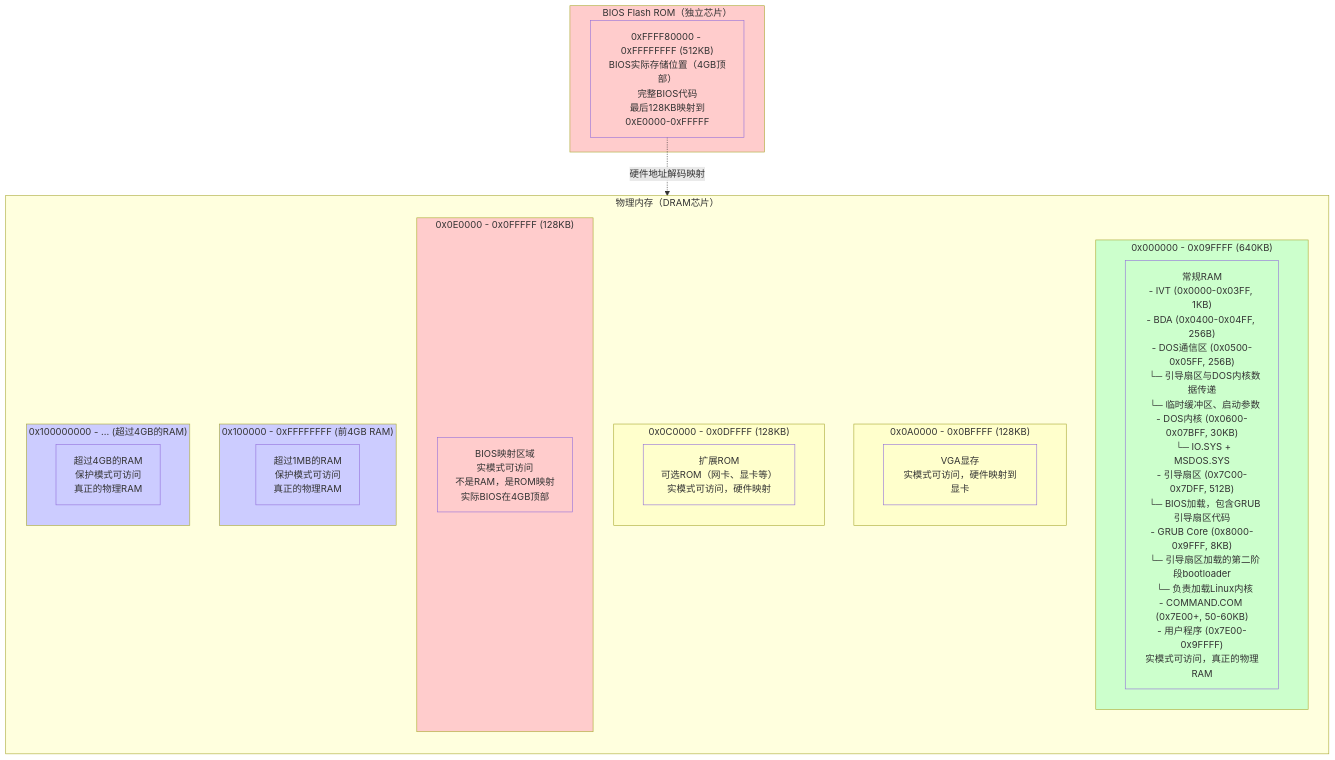
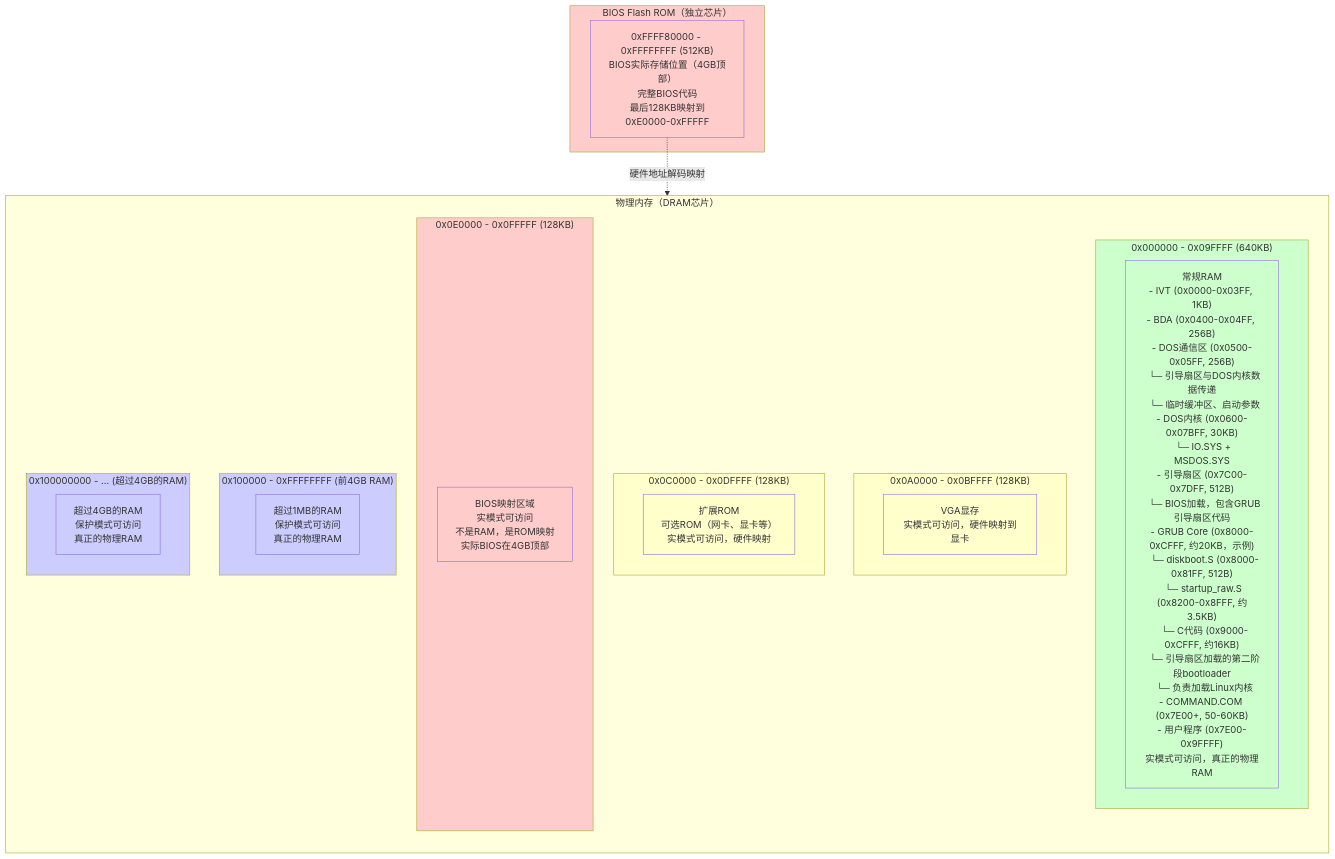
One commit to liweinan/bootimage-example changed the diagram in BIOS_MEMORY_LAYOUT.md. Above: the diagram before and after it, drawn with Mermaid. The commit also changed other lines of this file and 1 other file, not shown here.

First line of the commit message:
docs: 添加 GRUB Core 扇区大小计算和内存布局详情

````diff
--- a/BIOS_MEMORY_LAYOUT.md
+++ b/BIOS_MEMORY_LAYOUT.md
@@ -287,51 +287,51 @@
    ```mermaid
    flowchart TB
        subgraph DRAM["物理内存（DRAM芯片）"]
            direction TB
            
            subgraph Low640KB["0x000000 - 0x09FFFF (640KB)"]
-               LowRAM["常规RAM<br/>- IVT (0x0000-0x03FF, 1KB)<br/>- BDA (0x0400-0x04FF, 256B)<br/>- DOS通信区 (0x0500-0x05FF, 256B)<br/>  └─ 引导扇区与DOS内核数据传递<br/>  └─ 临时缓冲区、启动参数<br/>- DOS内核 (0x0600-0x07BFF, 30KB)<br/>  └─ IO.SYS + MSDOS.SYS<br/>- 引导扇区 (0x7C00-0x7DFF, 512B)<br/>  └─ BIOS加载，包含GRUB引导扇区代码<br/>- GRUB Core (0x8000-0x9FFF, 8KB)<br/>  └─ 引导扇区加载的第二阶段bootloader<br/>  └─ 负责加载Linux内核<br/>- COMMAND.COM (0x7E00+, 50-60KB)<br/>- 用户程序 (0x7E00-0x9FFFF)<br/>实模式可访问，真正的物理RAM"]
+               LowRAM["常规RAM<br/>- IVT (0x0000-0x03FF, 1KB)<br/>- BDA (0x0400-0x04FF, 256B)<br/>- DOS通信区 (0x0500-0x05FF, 256B)<br/>  └─ 引导扇区与DOS内核数据传递<br/>  └─ 临时缓冲区、启动参数<br/>- DOS内核 (0x0600-0x07BFF, 30KB)<br/>  └─ IO.SYS + MSDOS.SYS<br/>- 引导扇区 (0x7C00-0x7DFF, 512B)<br/>  └─ BIOS加载，包含GRUB引导扇区代码<br/>- GRUB Core (0x8000-0xCFFF, 约20KB，示例)<br/>  └─ diskboot.S (0x8000-0x81FF, 512B)<br/>  └─ startup_raw.S (0x8200-0x8FFF, 约3.5KB)<br/>  └─ C代码 (0x9000-0xCFFF, 约16KB)<br/>  └─ 引导扇区加载的第二阶段bootloader<br/>  └─ 负责加载Linux内核<br/>- COMMAND.COM (0x7E00+, 50-60KB)<br/>- 用户程序 (0x7E00-0x9FFFF)<br/>实模式可访问，真正的物理RAM"]
            end
            
            subgraph VGARAM["0x0A0000 - 0x0BFFFF (128KB)"]
                VGAMem["VGA显存<br/>实模式可访问，硬件映射到显卡"]
            end
            
            subgraph ExtROM["0x0C0000 - 0x0DFFFF (128KB)"]
                OptionROM["扩展ROM<br/>可选ROM（网卡、显卡等）<br/>实模式可访问，硬件映射"]
            end
            
            subgraph BIOSMap["0x0E0000 - 0x0FFFFF (128KB)"]
                BIOSMapped["BIOS映射区域<br/>实模式可访问<br/>不是RAM，是ROM映射<br/>实际BIOS在4GB顶部"]
            end
            
            subgraph Above1MB["0x100000 - 0xFFFFFFFF (前4GB RAM)"]
                RAM4GB["超过1MB的RAM<br/>保护模式可访问<br/>真正的物理RAM"]
            end
            
            subgraph Above4GB["0x100000000 - ... (超过4GB的RAM)"]
                RAM8GB["超过4GB的RAM<br/>保护模式可访问<br/>真正的物理RAM"]
            end
        end
        
        subgraph BIOSROM["BIOS Flash ROM（独立芯片）"]
            BIOSFull["0xFFFF80000 - 0xFFFFFFFF (512KB)<br/>BIOS实际存储位置（4GB顶部）<br/>完整BIOS代码<br/>最后128KB映射到0xE0000-0xFFFFF"]
        end
        
        BIOSFull -.->|"硬件地址解码映射"| BIOSMapped
        
        style Low640KB fill:#ccffcc
        style LowRAM fill:#ccffcc
        style VGARAM fill:#ffffcc
        style VGAMem fill:#ffffcc
        style ExtROM fill:#ffffcc
        style OptionROM fill:#ffffcc
        style BIOSMap fill:#ffcccc
        style BIOSMapped fill:#ffcccc
        style Above1MB fill:#ccccff
        style RAM4GB fill:#ccccff
        style Above4GB fill:#ccccff
        style RAM8GB fill:#ccccff
        style BIOSROM fill:#ffcccc
        style BIOSFull fill:#ffcccc
    ```
````
